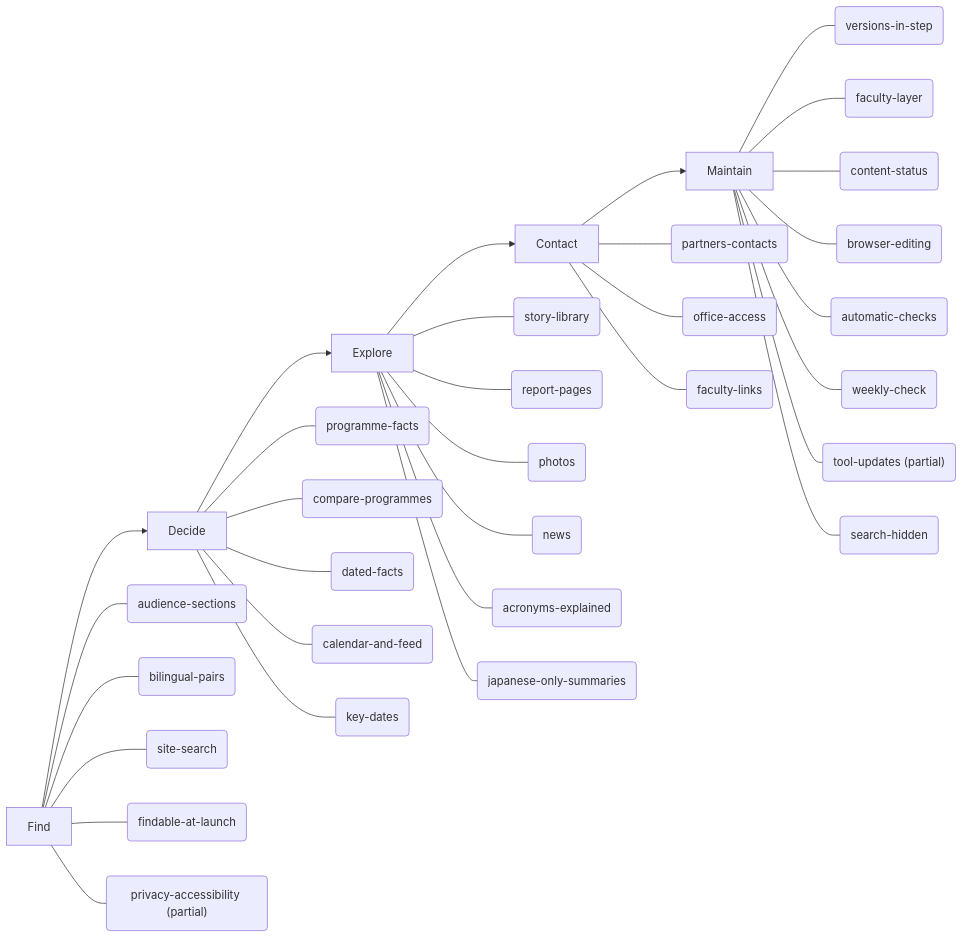
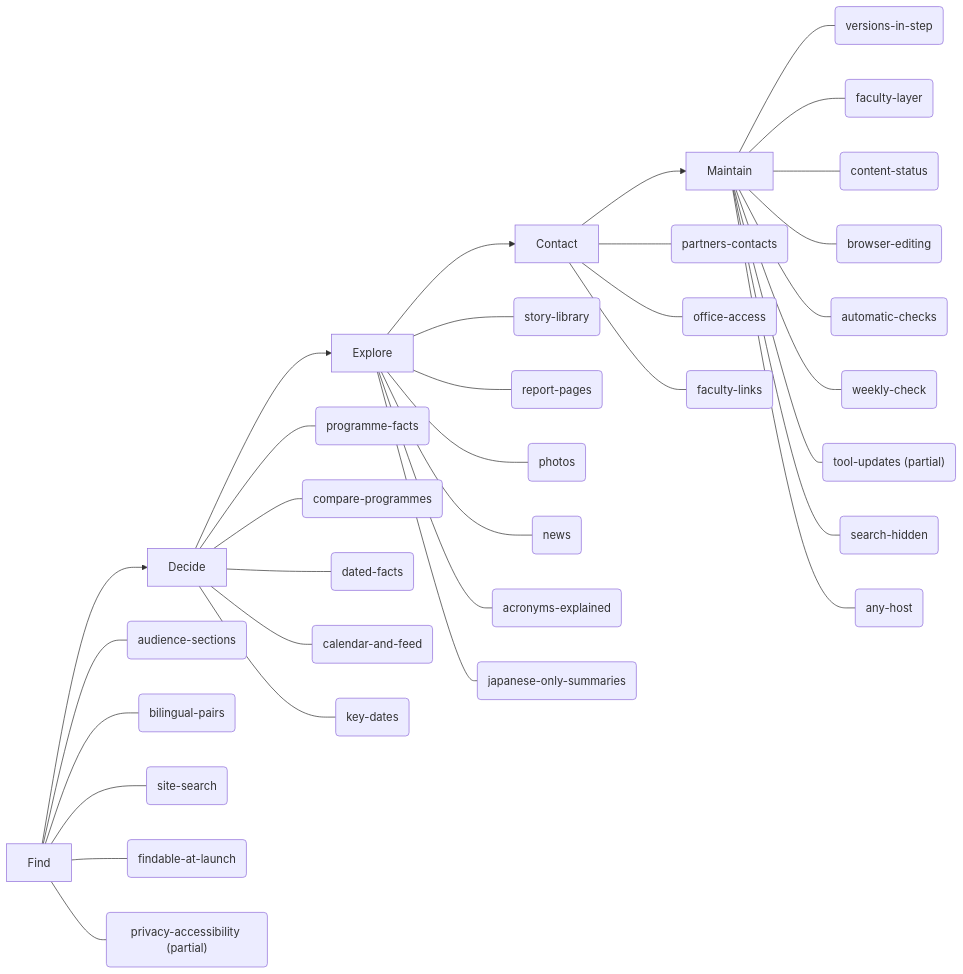
Before and after one commit to BasileChretien/nagoya-med-intl-prototype: the diagram in docs/features.md, drawn with Mermaid. The commit also changed other lines of this file and 17 other files, not shown here.

````diff
--- a/docs/features.md
+++ b/docs/features.md
@@ -5,39 +5,40 @@
 ```mermaid
 flowchart LR
   S0["Find"]
   S1["Decide"]
   S2["Explore"]
   S3["Contact"]
   S4["Maintain"]
   S0 --> S1
   S1 --> S2
   S2 --> S3
   S3 --> S4
   S0 --- audience_sections("audience-sections")
   S0 --- bilingual_pairs("bilingual-pairs")
   S1 --- programme_facts("programme-facts")
   S1 --- compare_programmes("compare-programmes")
   S1 --- dated_facts("dated-facts")
   S0 --- site_search("site-search")
   S1 --- calendar_and_feed("calendar-and-feed")
   S1 --- key_dates("key-dates")
   S2 --- story_library("story-library")
   S2 --- report_pages("report-pages")
   S2 --- photos("photos")
   S2 --- news("news")
   S3 --- partners_contacts("partners-contacts")
   S3 --- office_access("office-access")
   S2 --- acronyms_explained("acronyms-explained")
   S2 --- japanese_only_summaries("japanese-only-summaries")
   S3 --- faculty_links("faculty-links")
   S4 --- versions_in_step("versions-in-step")
   S4 --- faculty_layer("faculty-layer")
   S4 --- content_status("content-status")
   S4 --- browser_editing("browser-editing")
   S4 --- automatic_checks("automatic-checks")
   S4 --- weekly_check("weekly-check")
   S4 --- tool_updates("tool-updates (partial)")
   S4 --- search_hidden("search-hidden")
+  S4 --- any_host("any-host")
   S0 --- findable_at_launch("findable-at-launch")
   S0 --- privacy_accessibility("privacy-accessibility (partial)")
 ```
````
